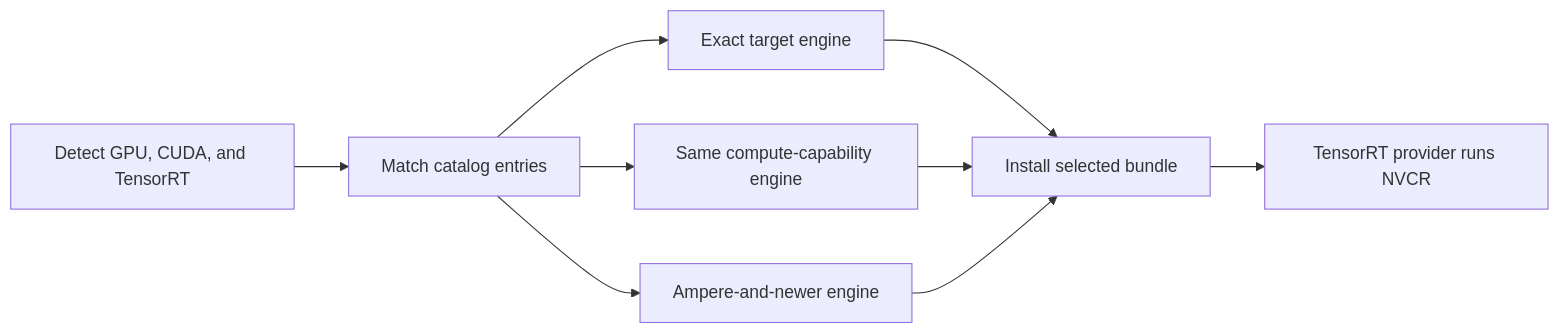
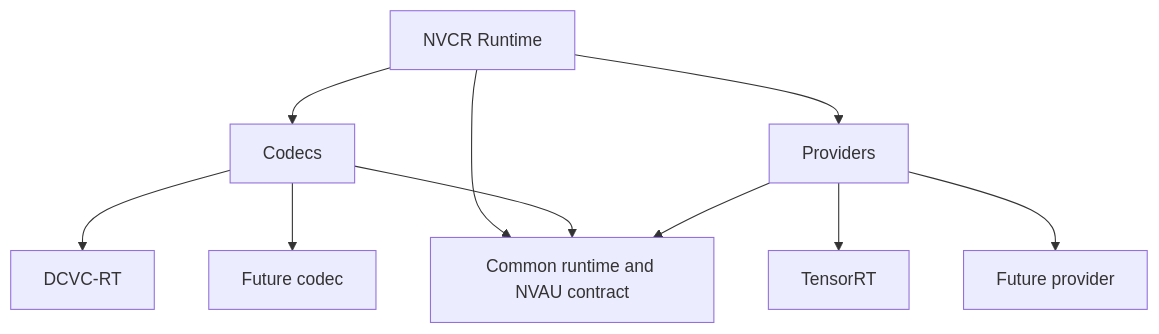
Before and after one commit to 0elghati/nvcr: the second of 2 diagrams in docs/architecture.md, drawn with Mermaid. The commit also changed other lines of this file and 11 other files, not shown here.

Commit message:
docs: clarify NVCR architecture and onboarding

````diff
--- a/docs/architecture.md
+++ b/docs/architecture.md
@@ -47,11 +40,13 @@
 ```mermaid
-flowchart LR
-    Detect[Detect GPU, CUDA, and TensorRT] --> Match[Match catalog entries]
-    Match --> Exact[Exact target engine]
-    Match --> SameSM[Same compute-capability engine]
-    Match --> Broad[Ampere-and-newer engine]
-    Exact --> Install[Install selected bundle]
-    SameSM --> Install
-    Broad --> Install
-    Install --> Run[TensorRT provider runs NVCR]
+flowchart TB
+    Runtime[NVCR Runtime]
+    Runtime --> Codecs[Codecs]
+    Runtime --> Providers[Providers]
+    Codecs --> DCVCRT[DCVC-RT]
+    Codecs --> FutureCodec[Future codec]
+    Providers --> TensorRT[TensorRT]
+    Providers --> FutureProvider[Future provider]
+    Runtime --> Contract[Common runtime and NVAU contract]
+    Codecs --> Contract
+    Providers --> Contract
 ```
````
